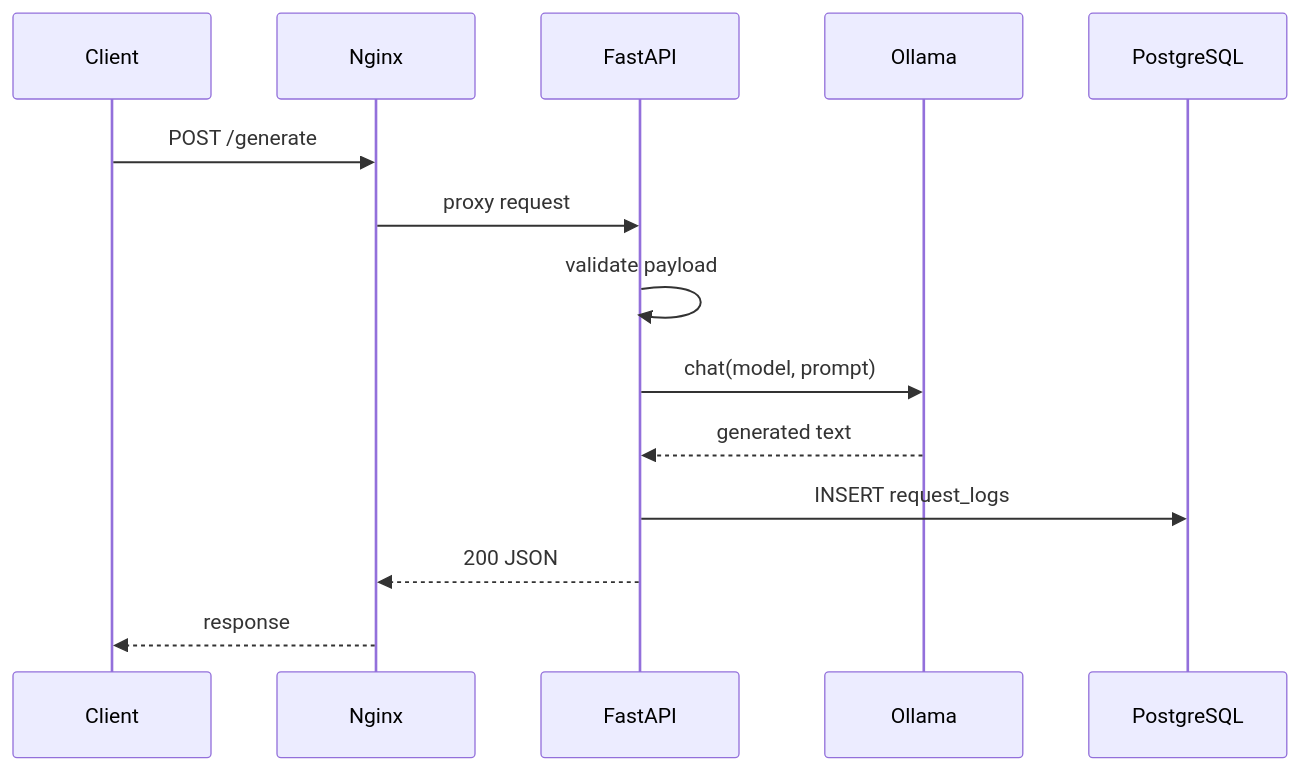
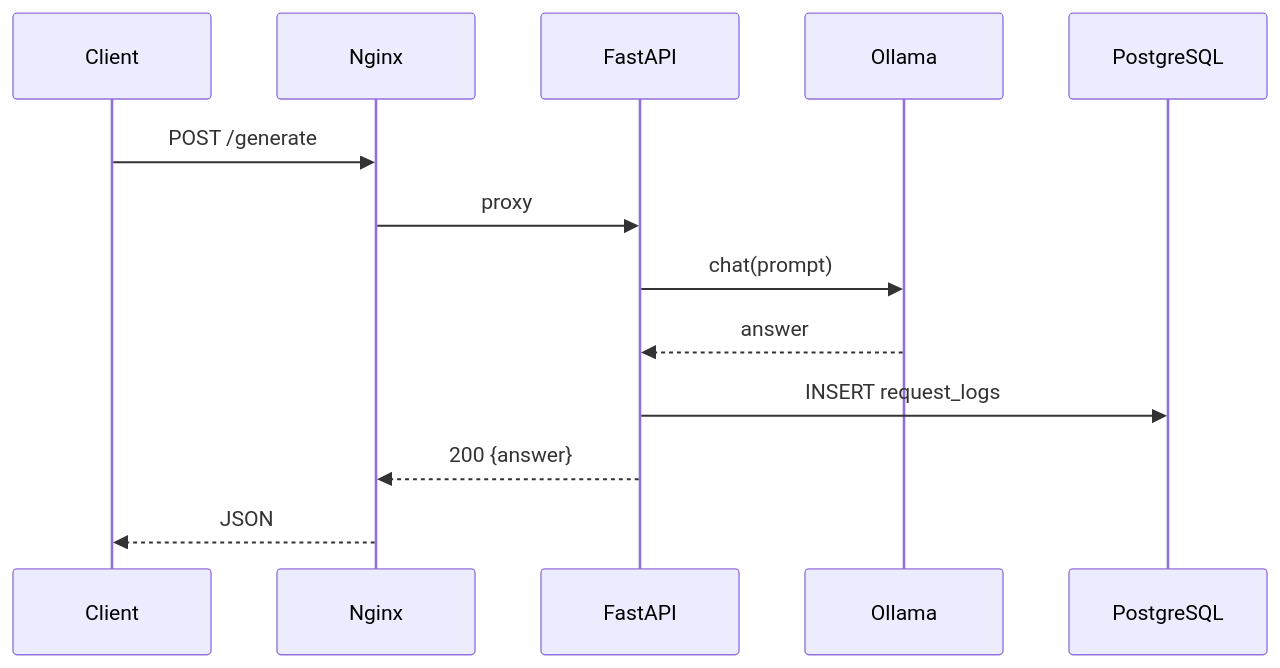
The fifth of 12 diagrams in docs/diploma-design-section-ru.md (IVIproject/ILUSHENKOV_V_4254), drawn with Mermaid before and after one commit. The commit also changed other lines of this file, not shown here.

Commit message:
docs: refine design chapter with concrete API, diagrams, and auth model

````diff
--- a/docs/diploma-design-section-ru.md
+++ b/docs/diploma-design-section-ru.md
@@ -343,17 +299,16 @@
 ```mermaid
 sequenceDiagram
     participant C as Client
     participant N as Nginx
     participant A as FastAPI
     participant O as Ollama
     participant P as PostgreSQL
 
     C->>N: POST /generate
-    N->>A: proxy request
-    A->>A: validate payload
-    A->>O: chat(model, prompt)
-    O-->>A: generated text
+    N->>A: proxy
+    A->>O: chat(prompt)
+    O-->>A: answer
     A->>P: INSERT request_logs
-    A-->>N: 200 JSON
-    N-->>C: response
+    A-->>N: 200 {answer}
+    N-->>C: JSON
 ```
````
